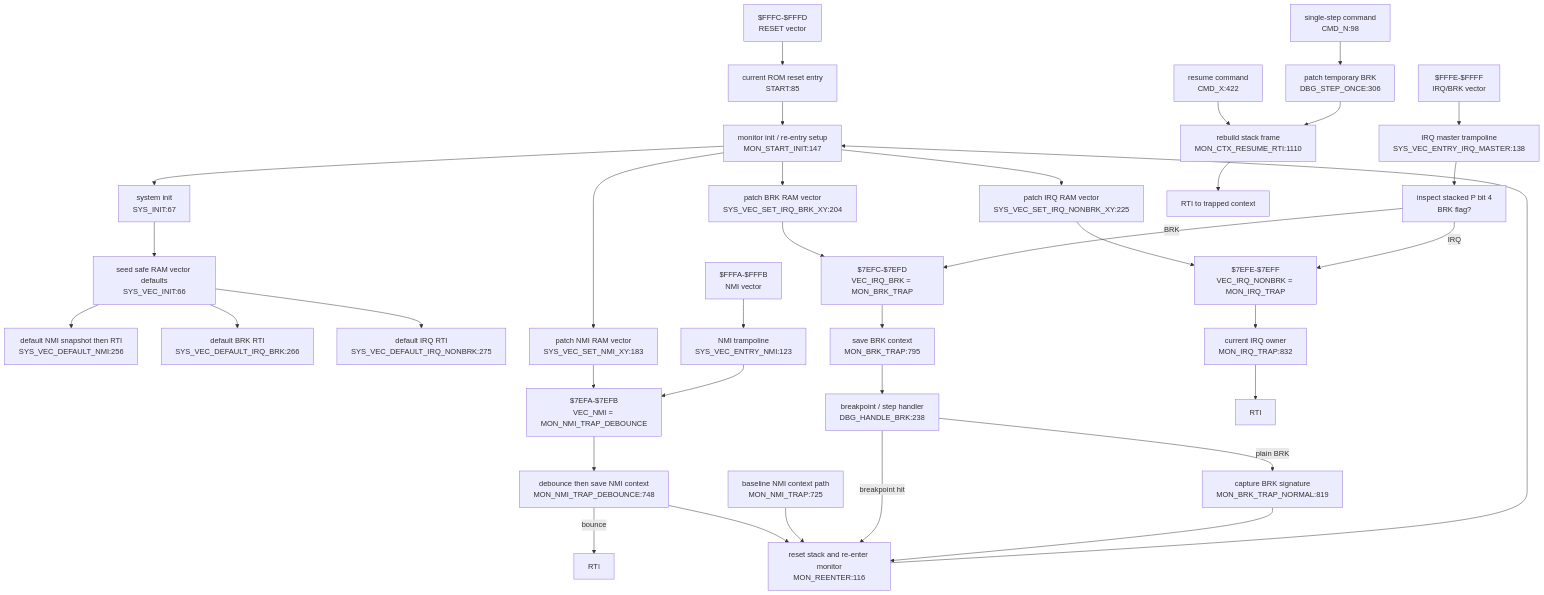
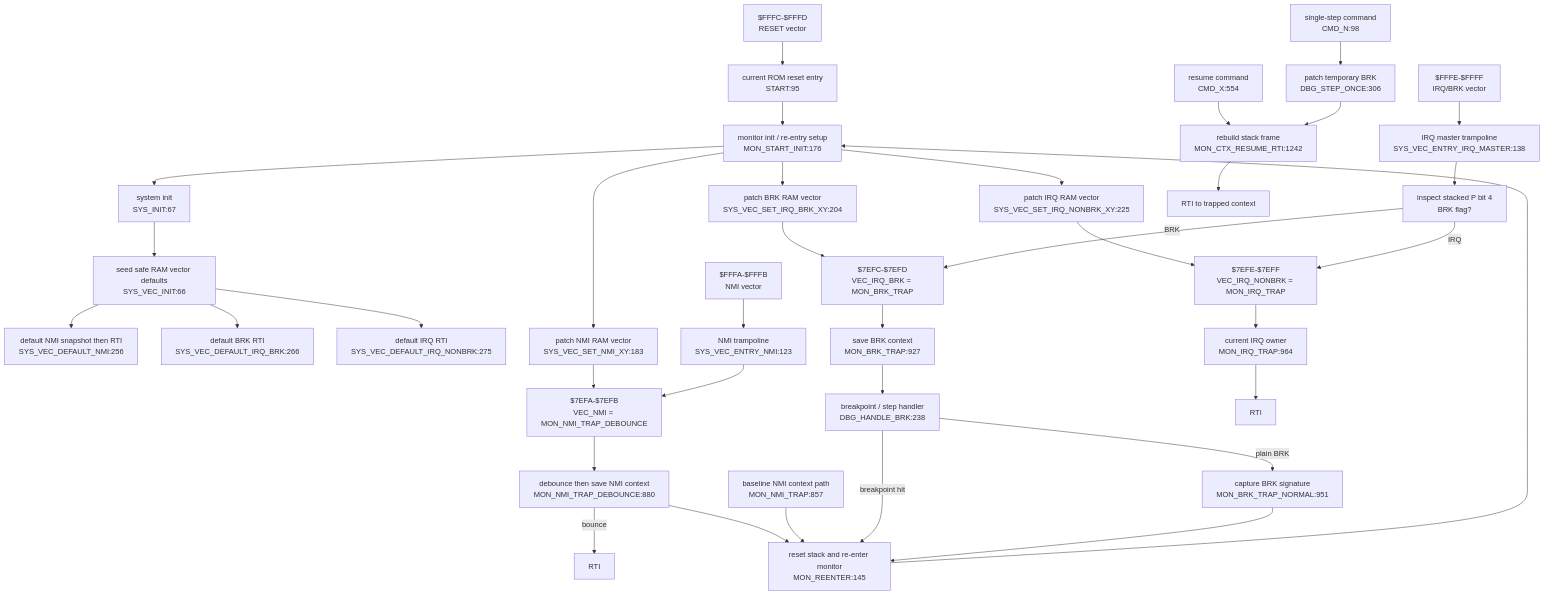
Before and after one commit to 95westus/R-YORS: the diagram in DOC/GENERATED/INTERRUPT_VECTOR_MAP.md, drawn with Mermaid. The commit also changed other lines of this file and 97 other files, not shown here.

````diff
--- a/DOC/GENERATED/INTERRUPT_VECTOR_MAP.md
+++ b/DOC/GENERATED/INTERRUPT_VECTOR_MAP.md
@@ -25,42 +25,42 @@
 ```mermaid
 flowchart TD
-    RESETV["$FFFC-$FFFD<br/>RESET vector"] --> STARTN["current ROM reset entry<br/>START:85"]
-    STARTN --> INIT["monitor init / re-entry setup<br/>MON_START_INIT:147"]
+    RESETV["$FFFC-$FFFD<br/>RESET vector"] --> STARTN["current ROM reset entry<br/>START:95"]
+    STARTN --> INIT["monitor init / re-entry setup<br/>MON_START_INIT:176"]
     INIT --> SYSINIT["system init<br/>SYS_INIT:67"]
     SYSINIT --> VECINIT["seed safe RAM vector defaults<br/>SYS_VEC_INIT:66"]
     VECINIT --> DEFNMI["default NMI snapshot then RTI<br/>SYS_VEC_DEFAULT_NMI:256"]
     VECINIT --> DEFBRK["default BRK RTI<br/>SYS_VEC_DEFAULT_IRQ_BRK:266"]
     VECINIT --> DEFIRQ["default IRQ RTI<br/>SYS_VEC_DEFAULT_IRQ_NONBRK:275"]
 
     INIT --> SETNMI["patch NMI RAM vector<br/>SYS_VEC_SET_NMI_XY:183"]
     INIT --> SETBRK["patch BRK RAM vector<br/>SYS_VEC_SET_IRQ_BRK_XY:204"]
     INIT --> SETIRQ["patch IRQ RAM vector<br/>SYS_VEC_SET_IRQ_NONBRK_XY:225"]
     SETNMI --> VECNMI["$7EFA-$7EFB<br/>VEC_NMI = MON_NMI_TRAP_DEBOUNCE"]
     SETBRK --> VECBRK["$7EFC-$7EFD<br/>VEC_IRQ_BRK = MON_BRK_TRAP"]
     SETIRQ --> VECIRQ["$7EFE-$7EFF<br/>VEC_IRQ_NONBRK = MON_IRQ_TRAP"]
 
     NMIV["$FFFA-$FFFB<br/>NMI vector"] --> NMIENTRY["NMI trampoline<br/>SYS_VEC_ENTRY_NMI:123"]
     NMIENTRY --> VECNMI
-    VECNMI --> NMITRAP["debounce then save NMI context<br/>MON_NMI_TRAP_DEBOUNCE:748"]
+    VECNMI --> NMITRAP["debounce then save NMI context<br/>MON_NMI_TRAP_DEBOUNCE:880"]
     NMITRAP -->|bounce| RTINMI["RTI"]
-    NMITRAP --> REENTER["reset stack and re-enter monitor<br/>MON_REENTER:116"]
-    NMIBASE["baseline NMI context path<br/>MON_NMI_TRAP:725"] --> REENTER
+    NMITRAP --> REENTER["reset stack and re-enter monitor<br/>MON_REENTER:145"]
+    NMIBASE["baseline NMI context path<br/>MON_NMI_TRAP:857"] --> REENTER
     REENTER --> INIT
 
     IRQV["$FFFE-$FFFF<br/>IRQ/BRK vector"] --> IRQMASTER["IRQ master trampoline<br/>SYS_VEC_ENTRY_IRQ_MASTER:138"]
     IRQMASTER --> SPLIT["inspect stacked P bit 4<br/>BRK flag?"]
     SPLIT -->|BRK| VECBRK
     SPLIT -->|IRQ| VECIRQ
-    VECBRK --> BRKTRAP["save BRK context<br/>MON_BRK_TRAP:795"]
+    VECBRK --> BRKTRAP["save BRK context<br/>MON_BRK_TRAP:927"]
     BRKTRAP --> DBGBRK["breakpoint / step handler<br/>DBG_HANDLE_BRK:238"]
     DBGBRK -->|breakpoint hit| REENTER
-    DBGBRK -->|plain BRK| BRKNORMAL["capture BRK signature<br/>MON_BRK_TRAP_NORMAL:819"]
+    DBGBRK -->|plain BRK| BRKNORMAL["capture BRK signature<br/>MON_BRK_TRAP_NORMAL:951"]
     BRKNORMAL --> REENTER
-    VECIRQ --> IRQTRAP["current IRQ owner<br/>MON_IRQ_TRAP:832"]
+    VECIRQ --> IRQTRAP["current IRQ owner<br/>MON_IRQ_TRAP:964"]
     IRQTRAP --> RTIIRQ["RTI"]
 
-    CMDX["resume command<br/>CMD_X:422"] --> RESUME["rebuild stack frame<br/>MON_CTX_RESUME_RTI:1110"]
+    CMDX["resume command<br/>CMD_X:554"] --> RESUME["rebuild stack frame<br/>MON_CTX_RESUME_RTI:1242"]
     CMDN["single-step command<br/>CMD_N:98"] --> STEP["patch temporary BRK<br/>DBG_STEP_ONCE:306"]
     STEP --> RESUME
     RESUME --> RTIRES["RTI to trapped context"]
 ```
````
